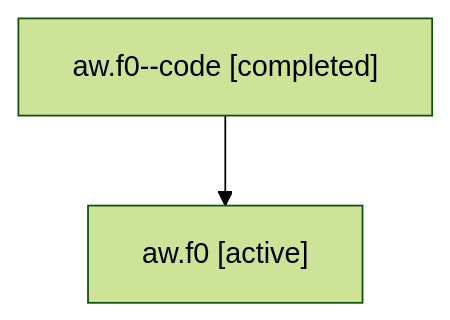
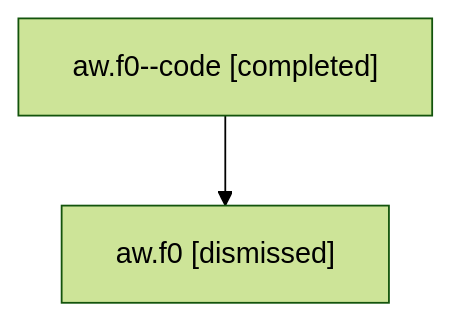
The diagram in sessions/bbugyi200.athena.aw.f0.md (sase-org/sase--agents), drawn with Mermaid (forest theme) before and after one commit. The commit also changed other lines of this file and 124 other files, not shown here.

````diff
--- a/sessions/bbugyi200.athena.aw.f0.md
+++ b/sessions/bbugyi200.athena.aw.f0.md
@@ -9,6 +9,6 @@
 ```mermaid
 flowchart TD
   n0["aw.f0--code [completed]"]
-  n1["aw.f0 [active]"]
+  n1["aw.f0 [dismissed]"]
   n0 --> n1
 ```
````
